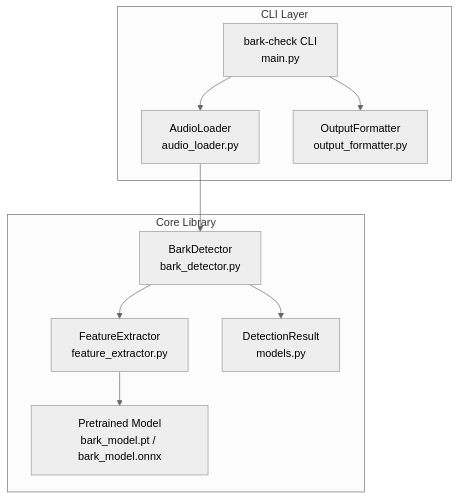
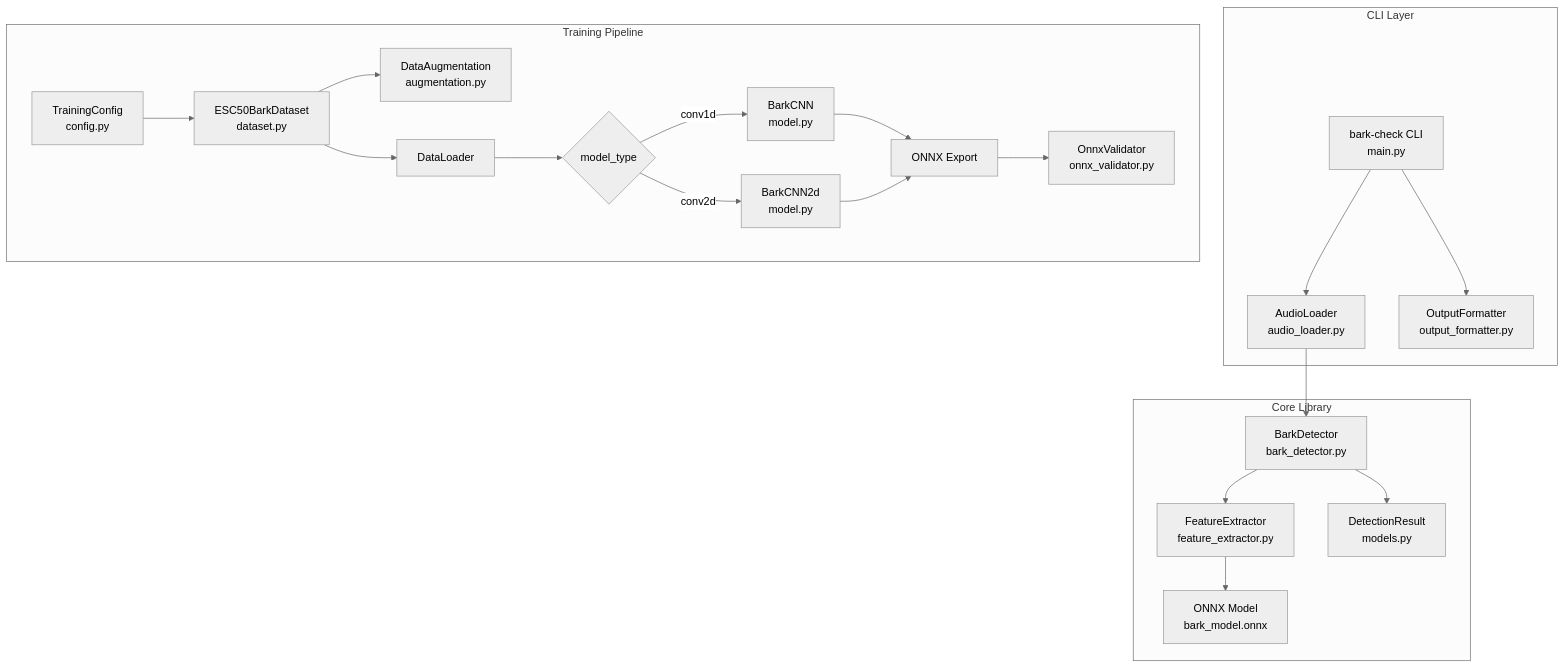
Before and after one commit to kazusanto/bark-check: the first of 3 diagrams in .kiro/specs/bark-check/design.md, drawn with Mermaid (neutral theme). The commit also changed other lines of this file and 11 other files, not shown here.

First line of the commit message:
feat(training): add conv2d model and consolidate specs

````diff
--- a/.kiro/specs/bark-check/design.md
+++ b/.kiro/specs/bark-check/design.md
@@ -18,14 +26,26 @@
 ```mermaid
 graph TD
     subgraph CLI Layer
         A[bark-check CLI<br/>main.py] --> B[AudioLoader<br/>audio_loader.py]
         A --> C[OutputFormatter<br/>output_formatter.py]
     end
 
     subgraph Core Library
         B --> D[BarkDetector<br/>bark_detector.py]
         D --> E[FeatureExtractor<br/>feature_extractor.py]
-        E --> F[Pretrained Model<br/>bark_model.pt / bark_model.onnx]
+        E --> F[ONNX Model<br/>bark_model.onnx]
         D --> G[DetectionResult<br/>models.py]
     end
+
+    subgraph Training Pipeline
+        H[TrainingConfig<br/>config.py] --> I[ESC50BarkDataset<br/>dataset.py]
+        I --> J[DataAugmentation<br/>augmentation.py]
+        I --> K[DataLoader]
+        K --> L{model_type}
+        L -->|conv1d| M[BarkCNN<br/>model.py]
+        L -->|conv2d| N[BarkCNN2d<br/>model.py]
+        M --> O[ONNX Export]
+        N --> O
+        O --> P[OnnxValidator<br/>onnx_validator.py]
+    end
 ```
````
